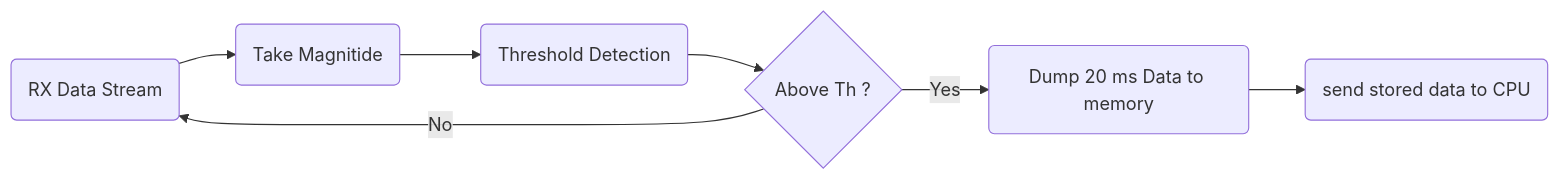
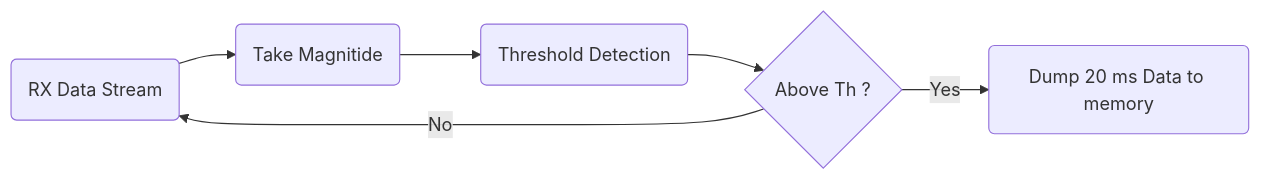
The first of 9 diagrams in dsp/diagrams/diagrams.md (joey-public/WES207CapstoneProject), drawn with Mermaid before and after one commit. The commit also changed other lines of this file, not shown here.

First line of the commit message:
Update diagrams.md

````diff
--- a/dsp/diagrams/diagrams.md
+++ b/dsp/diagrams/diagrams.md
@@ -2,9 +2,8 @@
 ```mermaid
 graph LR
 A(RX Data Stream)-->B(Take Magnitide)
 B--> D(Threshold Detection)
 D --> E{Above Th ?}
 E --> |Yes| F(Dump 20 ms Data to memory)
 E --> |No| A
-F --> G(send stored data to CPU)
 ```
````
